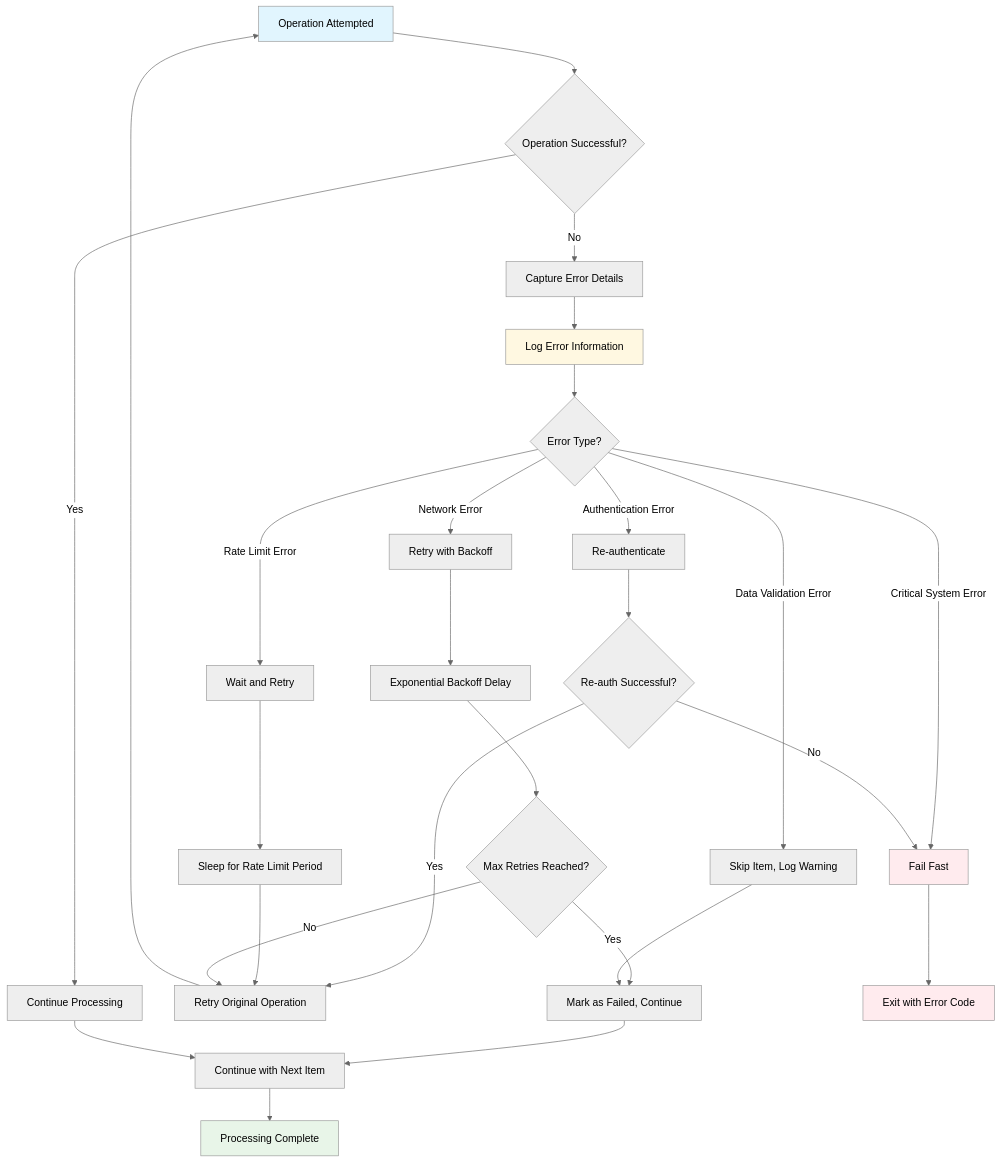
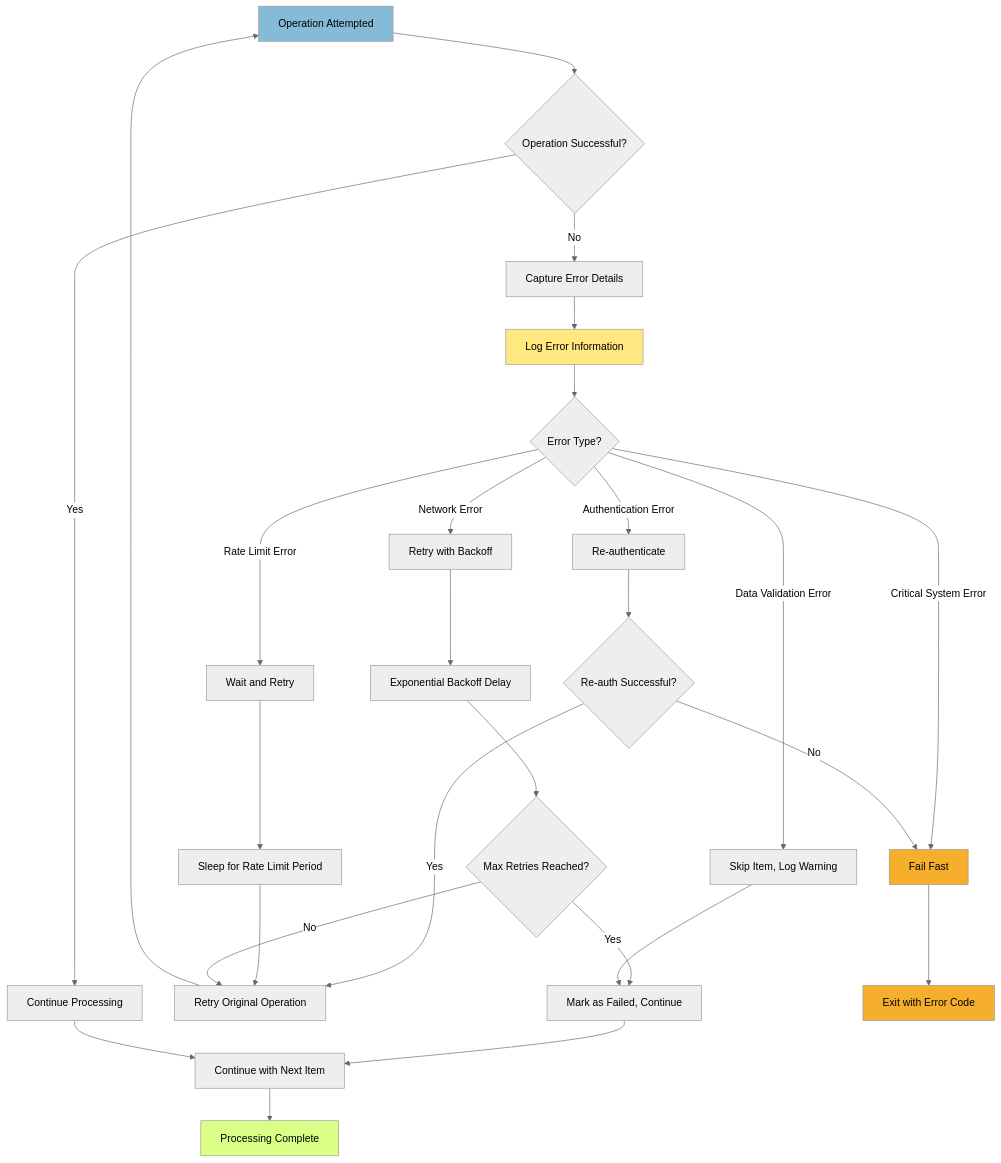
Diagram 12 of 16 in docs/workflows/index.qmd (Stadt-Geschichte-Basel/omeka2dsp), drawn with Mermaid (neutral theme) before and after one commit. The commit also changed other lines of this file and 22 other files, not shown here.

````diff
--- a/docs/workflows/index.qmd
+++ b/docs/workflows/index.qmd
@@ -427,43 +427,43 @@
 ```{mermaid}
 flowchart TD
     A[Operation Attempted] --> B{Operation Successful?}
     
     B -->|Yes| C[Continue Processing]
     B -->|No| D[Capture Error Details]
     
     D --> E[Log Error Information]
     E --> F{Error Type?}
     
     F -->|Authentication Error| G[Re-authenticate]
     F -->|Rate Limit Error| H[Wait and Retry]
     F -->|Network Error| I[Retry with Backoff]
     F -->|Data Validation Error| J[Skip Item, Log Warning]
     F -->|Critical System Error| K[Fail Fast]
     
     G --> L{Re-auth Successful?}
     L -->|Yes| M[Retry Original Operation]
     L -->|No| K
     
     H --> N[Sleep for Rate Limit Period]
     N --> M
     
     I --> O[Exponential Backoff Delay]
     O --> P{Max Retries Reached?}
     P -->|No| M
     P -->|Yes| Q[Mark as Failed, Continue]
     
     J --> Q
     K --> R[Exit with Error Code]
     
     M --> A
     Q --> S[Continue with Next Item]
     C --> S
     
     S --> T[Processing Complete]
     
-    style A fill:#e1f5fe
-    style T fill:#e8f5e8
-    style K fill:#ffebee
-    style R fill:#ffebee
-    style E fill:#fff8e1
+    style A fill:#86bbd8
+    style T fill:#dbfe87
+    style K fill:#f6ae2d
+    style R fill:#f6ae2d
+    style E fill:#ffe880
 ```
````
